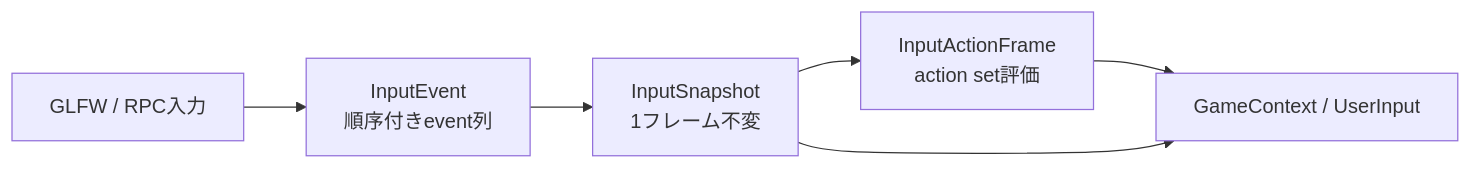
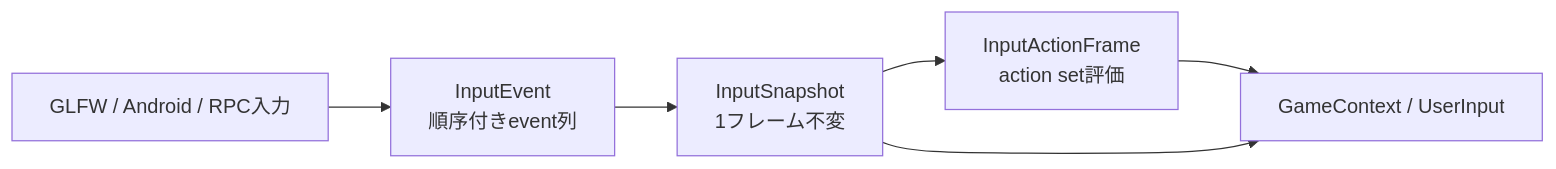
Before and after one commit to pelican-games/peligraph: the second of 2 diagrams in docs/source-code-guide/05_gameplay_and_services.md, drawn with Mermaid. The commit also changed other lines of this file and 25 other files, not shown here.

````diff
--- a/docs/source-code-guide/05_gameplay_and_services.md
+++ b/docs/source-code-guide/05_gameplay_and_services.md
@@ -325,11 +325,11 @@
 ```mermaid
 flowchart LR
-    OS["GLFW / RPC入力"]
+    OS["GLFW / Android / RPC入力"]
     Events["InputEvent<br/>順序付きevent列"]
     Snapshot["InputSnapshot<br/>1フレーム不変"]
     Actions["InputActionFrame<br/>action set評価"]
     Game["GameContext / UserInput"]
 
     OS --> Events --> Snapshot --> Actions --> Game
     Snapshot --> Game
 ```
````
